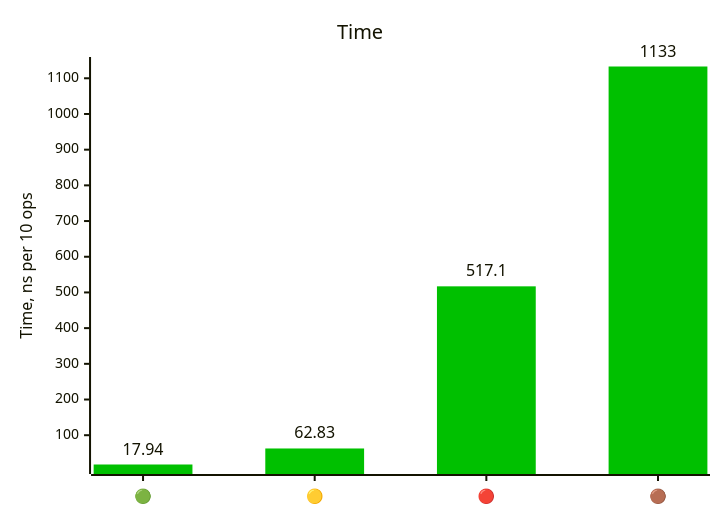
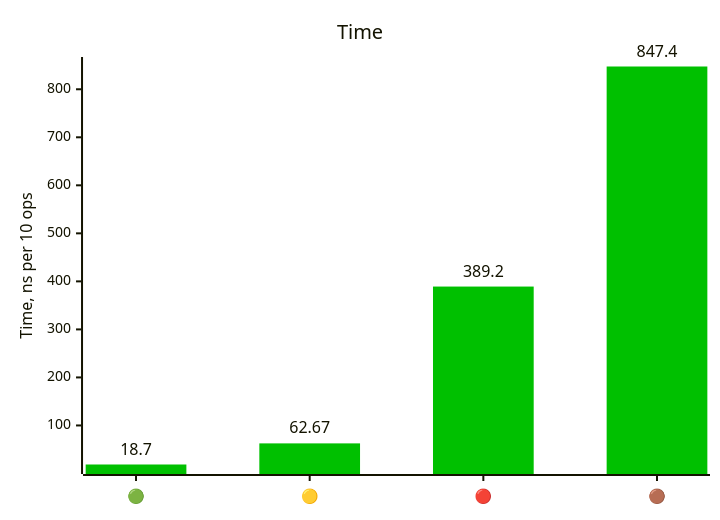
The first of 3 diagrams in bench/bench-2026-08-21.md (mail2nnv/ternary), drawn with Mermaid before and after one commit. The commit also changed other lines of this file, not shown here.

````diff
--- a/bench/bench-2026-08-21.md
+++ b/bench/bench-2026-08-21.md
@@ -45,17 +45,17 @@
 ```mermaid
 ---
 config:
     xyChart:
         showDataLabel: true
         showDataLabelOutsideBar: true
     themeVariables:
         xyChart:
             plotColorPalette: "#00C000, #f0f000, #f00000, #804020, "
 ---
 
 xychart-beta
   title "Time"
   x-axis "" ["🟢", "🟡", "🔴", "🟤"]
   y-axis "Time, ns per 10 ops"
-  bar [17.94, 62.83, 517.1, 1133]
+  bar [18.70, 62.67, 389.2, 847.4]
 ```
````
